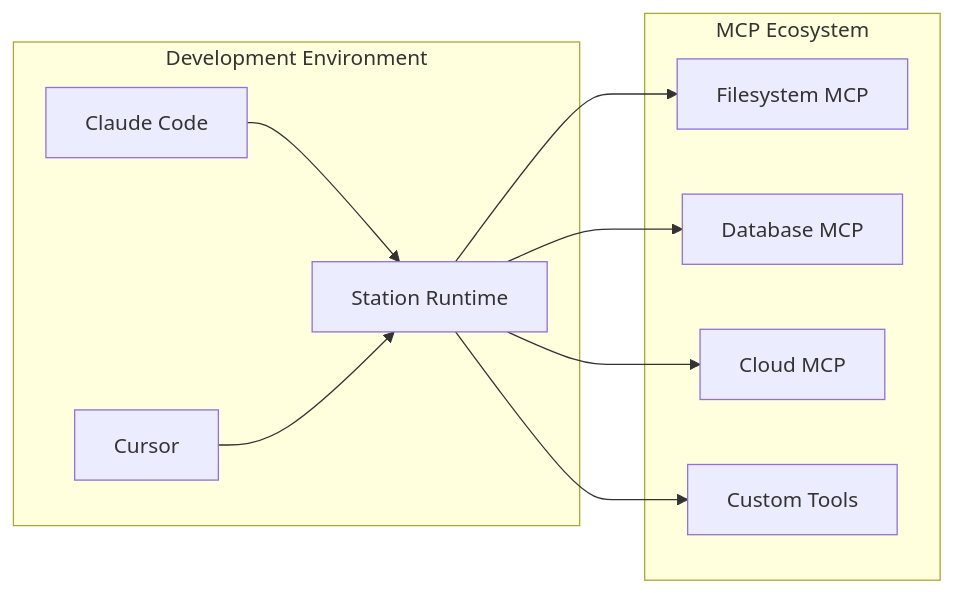
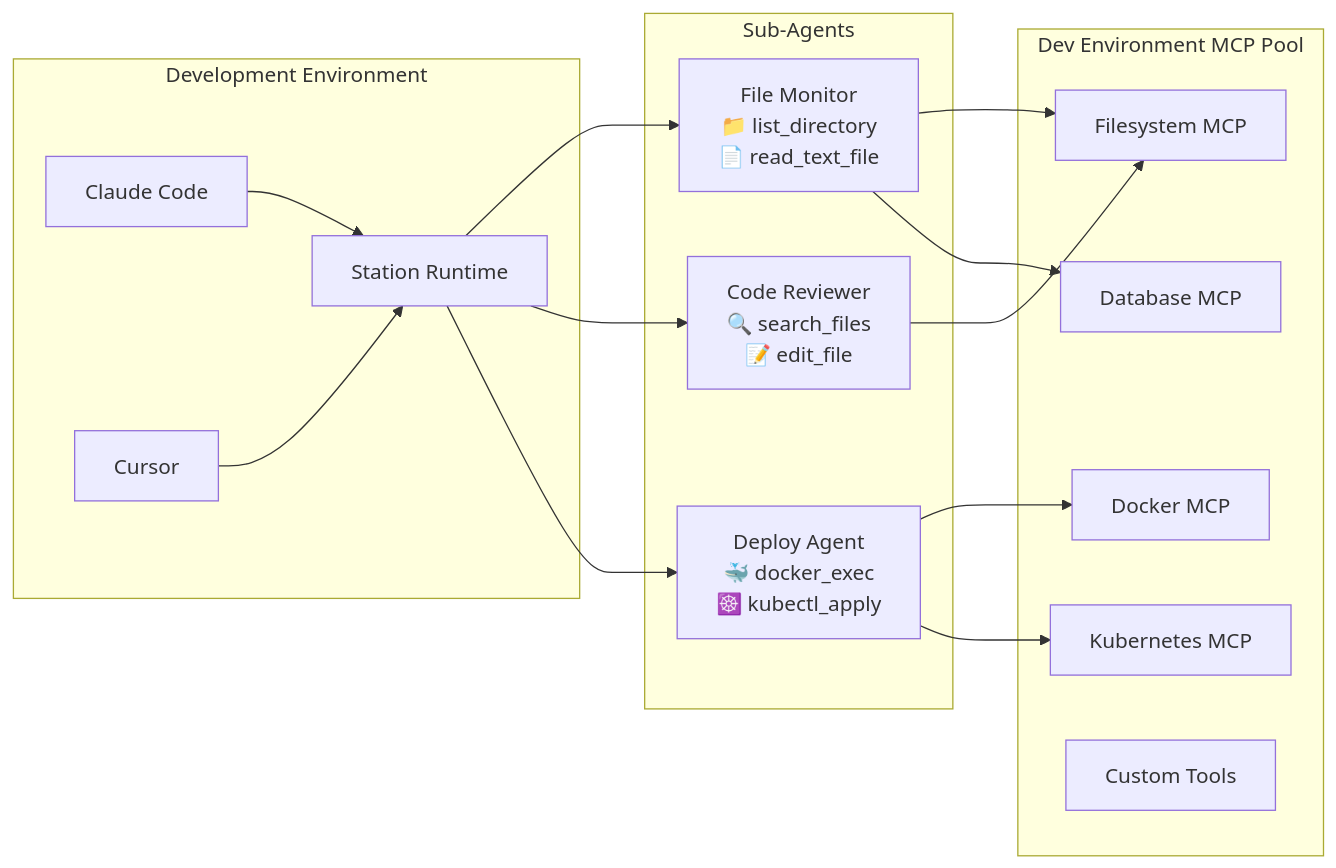
One commit to cloudshipai/station changed the diagram in docs/site/src/content/docs/en/mcp/overview.mdx. Above: the diagram before and after it, drawn with Mermaid.

Commit message:
docs: Update MCP overview diagram to show sub-agents with tool assignments
- Replace generic MCP services with specific sub-agents in Mermaid diagram
- Show File Monitor, Code Reviewer, and Deploy Agent with their tool sets
- Illustrate how each agent uses specific tools from Dev Environment MCP Pool
- Better visualization of Station as MCP runtime managing deployable sub-agents

🤖 Generated with [Claude Code](https://claude.ai/code)

````diff
--- a/docs/site/src/content/docs/en/mcp/overview.mdx
+++ b/docs/site/src/content/docs/en/mcp/overview.mdx
@@ -19,22 +19,34 @@
 ```mermaid
 graph LR
     subgraph "Development Environment"
         Claude[Claude Code]
         Cursor[Cursor]
         Station[Station Runtime]
     end
     
-    subgraph "MCP Ecosystem"
-        FileSystem[Filesystem MCP]
-        Database[Database MCP] 
-        Cloud[Cloud MCP]
+    subgraph "Sub-Agents"
+        Agent1["File Monitor<br/>📁 list_directory<br/>📄 read_text_file"]
+        Agent2["Code Reviewer<br/>🔍 search_files<br/>📝 edit_file"]
+        Agent3["Deploy Agent<br/>🐳 docker_exec<br/>☸️ kubectl_apply"]
+    end
+    
+    subgraph "Dev Environment MCP Pool"
+        FS[Filesystem MCP]
+        Docker[Docker MCP]
+        K8s[Kubernetes MCP]
+        DB[Database MCP]
         Custom[Custom Tools]
     end
     
     Claude --> Station
     Cursor --> Station
-    Station --> FileSystem
-    Station --> Database
-    Station --> Cloud
-    Station --> Custom
+    Station --> Agent1
+    Station --> Agent2
+    Station --> Agent3
+    
+    Agent1 --> FS
+    Agent2 --> FS
+    Agent3 --> Docker
+    Agent3 --> K8s
+    Agent1 --> DB
 ```
````
